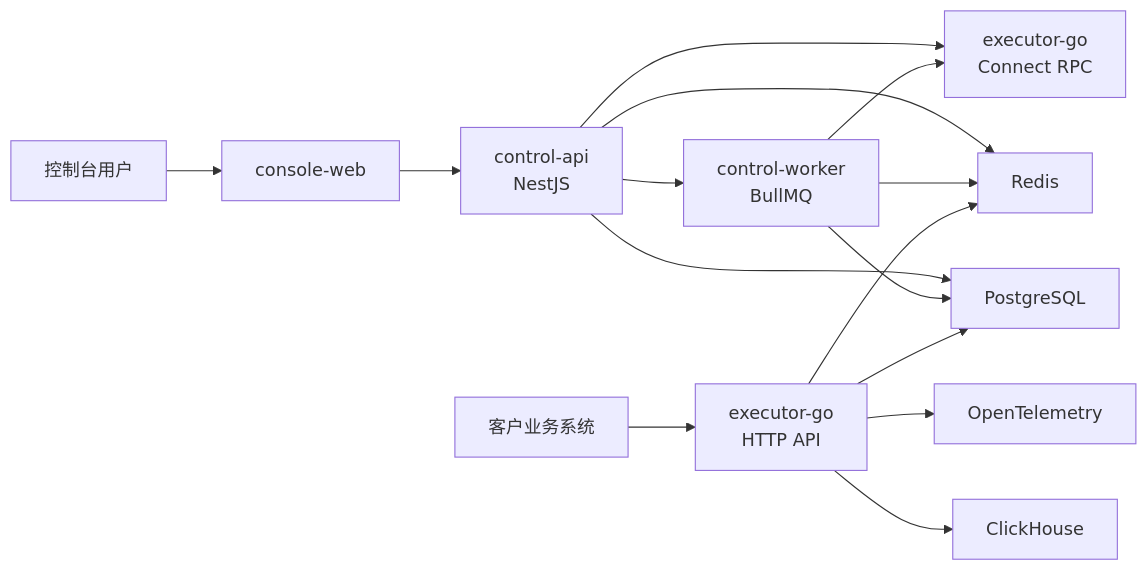
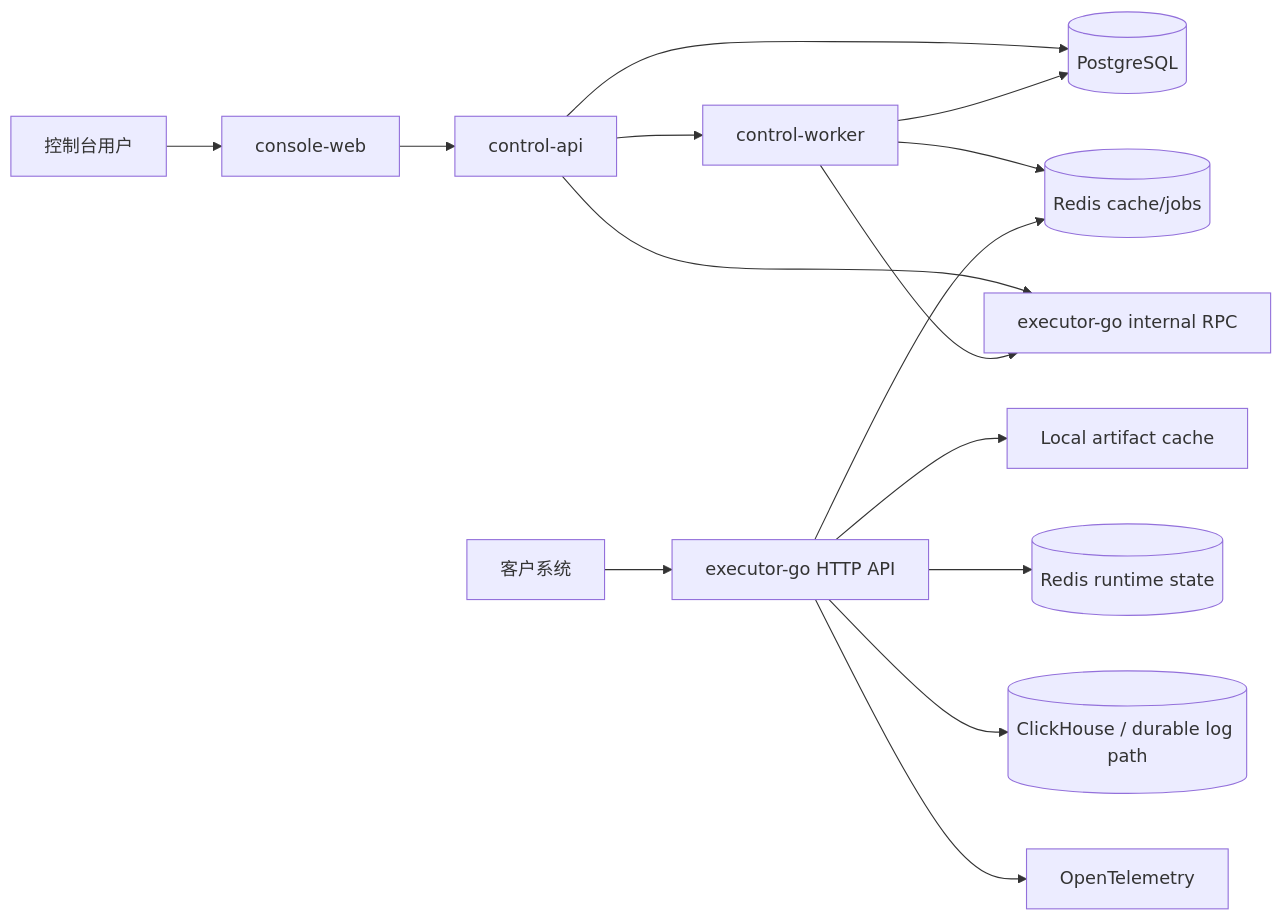
One commit to zhenyu-whu/brde-prod-v1 changed the diagram in docs/2026-05-24-decision-engine-saas-technical-architecture.md. Above: the diagram before and after it, drawn with Mermaid. The commit also changed other lines of this file, not shown here.

Commit message:
Refine technical architecture baseline for stages 1-3

````diff
--- a/docs/2026-05-24-decision-engine-saas-technical-architecture.md
+++ b/docs/2026-05-24-decision-engine-saas-technical-architecture.md
@@ -67,18 +132,18 @@
 ```mermaid
 flowchart LR
-  User["控制台用户"] --> Web["console-web"]
-  Web --> API["control-api<br/>NestJS"]
-  API --> PG["PostgreSQL"]
-  API --> Redis["Redis"]
-  API --> Worker["control-worker<br/>BullMQ"]
-  API --> ExecRPC["executor-go<br/>Connect RPC"]
+  User[控制台用户] --> Web[console-web]
+  Web --> API[control-api]
+  API --> PG[(PostgreSQL)]
+  API --> Worker[control-worker]
+  API --> RPC[executor-go internal RPC]
   Worker --> PG
-  Worker --> Redis
-  Worker --> ExecRPC
+  Worker --> Cache[(Redis cache/jobs)]
+  Worker --> RPC
 
-  Client["客户业务系统"] --> ExecHTTP["executor-go<br/>HTTP API"]
-  ExecHTTP --> Redis
-  ExecHTTP --> PG
-  ExecHTTP --> CH["ClickHouse"]
-  ExecHTTP --> OTel["OpenTelemetry"]
+  Client[客户系统] --> Exec[executor-go HTTP API]
+  Exec --> Local[Local artifact cache]
+  Exec --> Cache
+  Exec --> Runtime[(Redis runtime state)]
+  Exec --> CH[(ClickHouse / durable log path)]
+  Exec --> OTel[OpenTelemetry]
 ```
````
